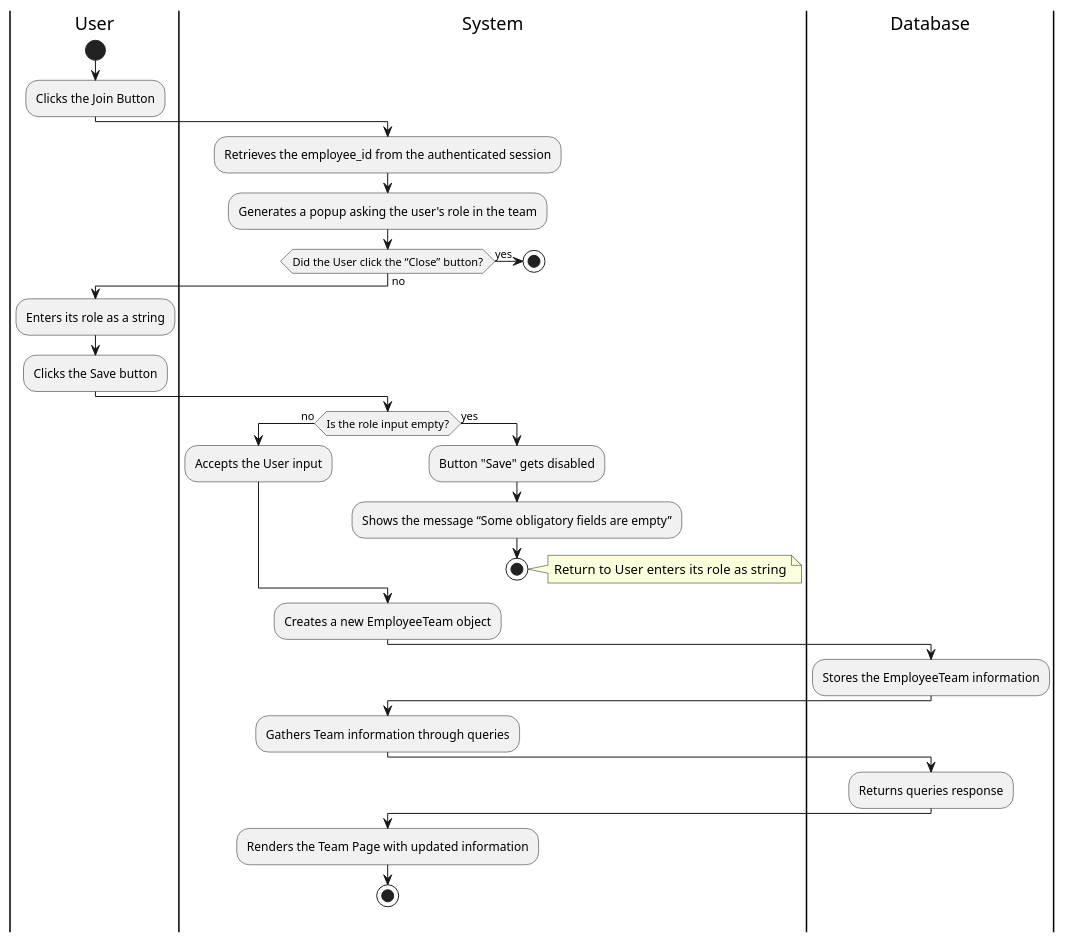
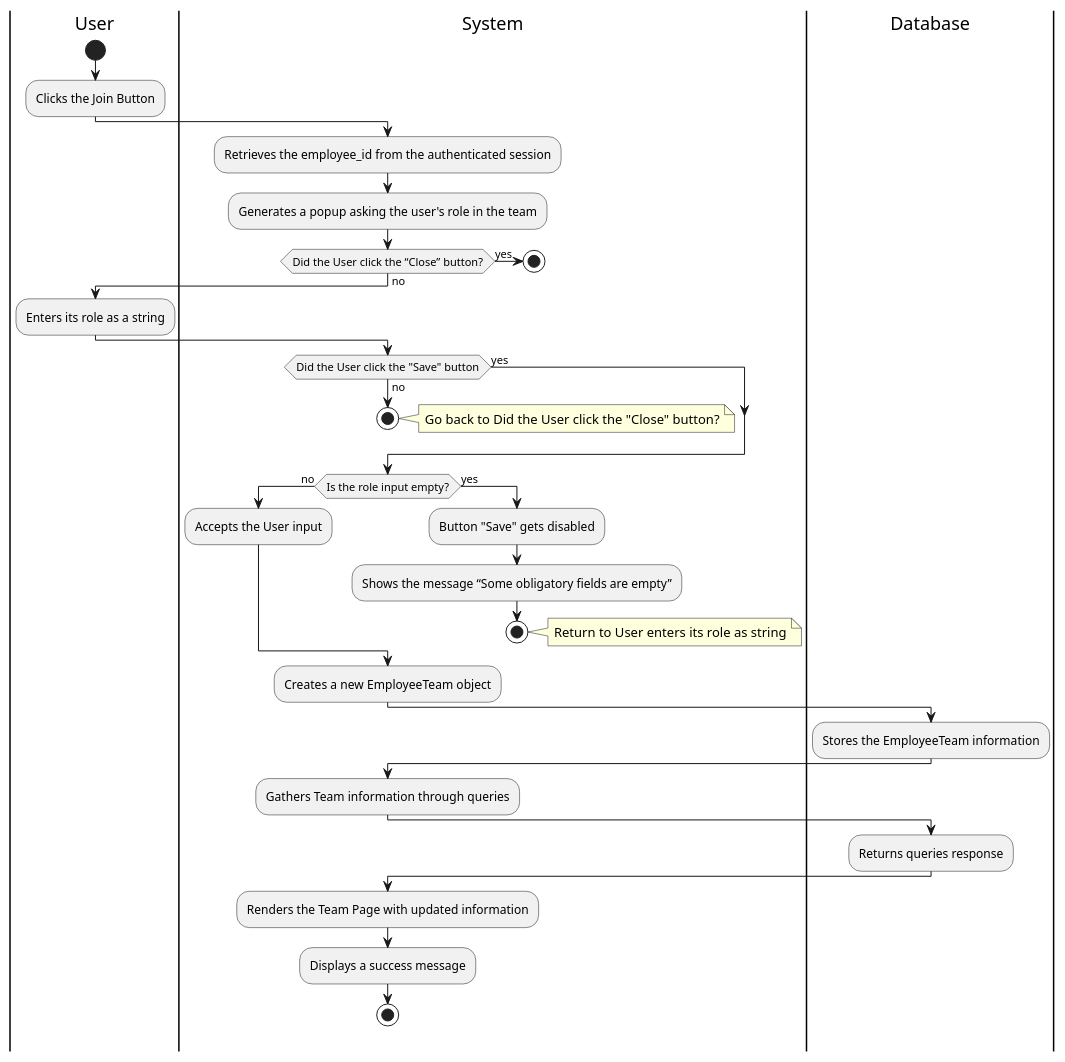
One commit to Berthou05/LimboSoftwareDevelopment_Change.org changed the diagram in documentation/activity_diagrams/TEAM-06-01-ActivityDiagram.puml. Above: the diagram before and after it, drawn with PlantUML. The commit also changed 8 other files, not shown here.

Commit message:
[DOCS]: Correction of Activity Diagrams. Addition of ADMIN-02 AD.

```diff
--- a/documentation/activity_diagrams/TEAM-06-01-ActivityDiagram.puml
+++ b/documentation/activity_diagrams/TEAM-06-01-ActivityDiagram.puml
@@ -1,42 +1,51 @@
 @startuml
 |User|
 start
 :Clicks the Join Button;
 |System|
 :Retrieves the employee_id from the authenticated session;
 :Generates a popup asking the user's role in the team;
 |System|
 if(Did the User click the “Close” button?) is (yes) then
     stop
 else(no)
     |User|
     :Enters its role as a string;
-    :Clicks the Save button;
+    |System|
+    if(Did the User click the "Save" button) is(yes) then
+
+    else(no)
+        stop
+        note right
+            Go back to Did the User click the "Close" button?
+        end note
+    end if
 
     |System|
     if(Is the role input empty?) is (no) then
     |System|
     :Accepts the User input;
 
     else(yes)
     |System|
     :Button "Save" gets disabled;
     :Shows the message “Some obligatory fields are empty”;
 
     stop
     note right
         Return to User enters its role as string
     end note
 end if
 
 :Creates a new EmployeeTeam object;
 |Database|
 :Stores the EmployeeTeam information;
 |System|
 :Gathers Team information through queries;
 |Database|
 :Returns queries response;
 |System|
 :Renders the Team Page with updated information;
+:Displays a success message;
 stop
 @enduml
```
